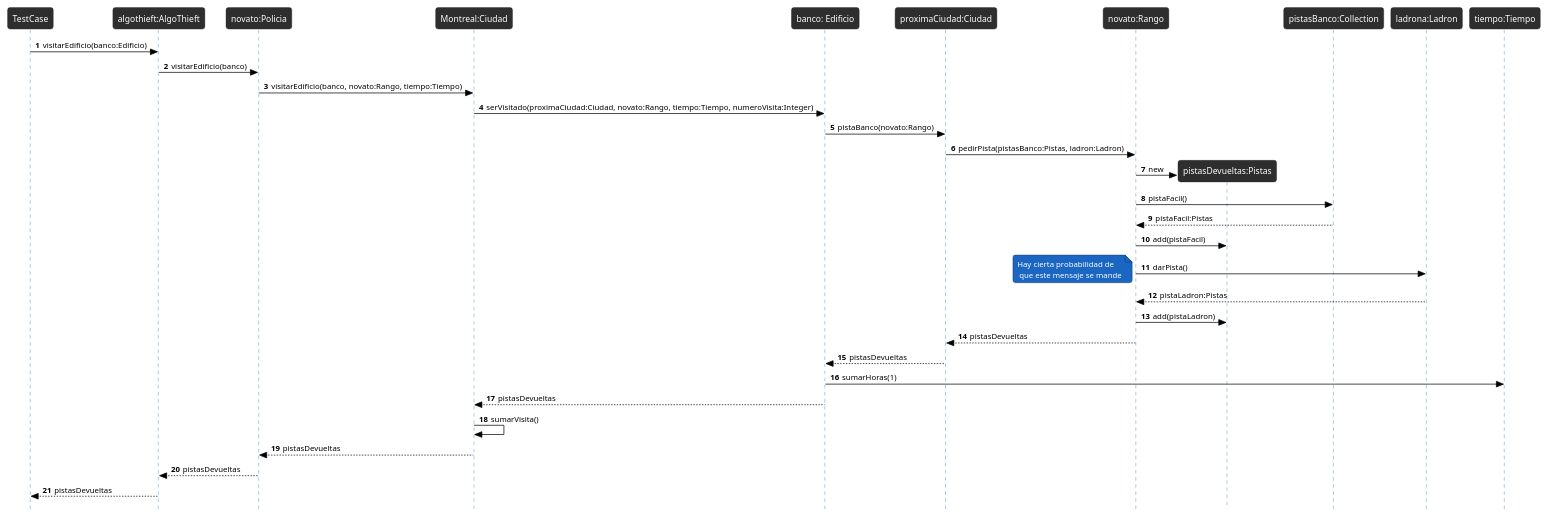
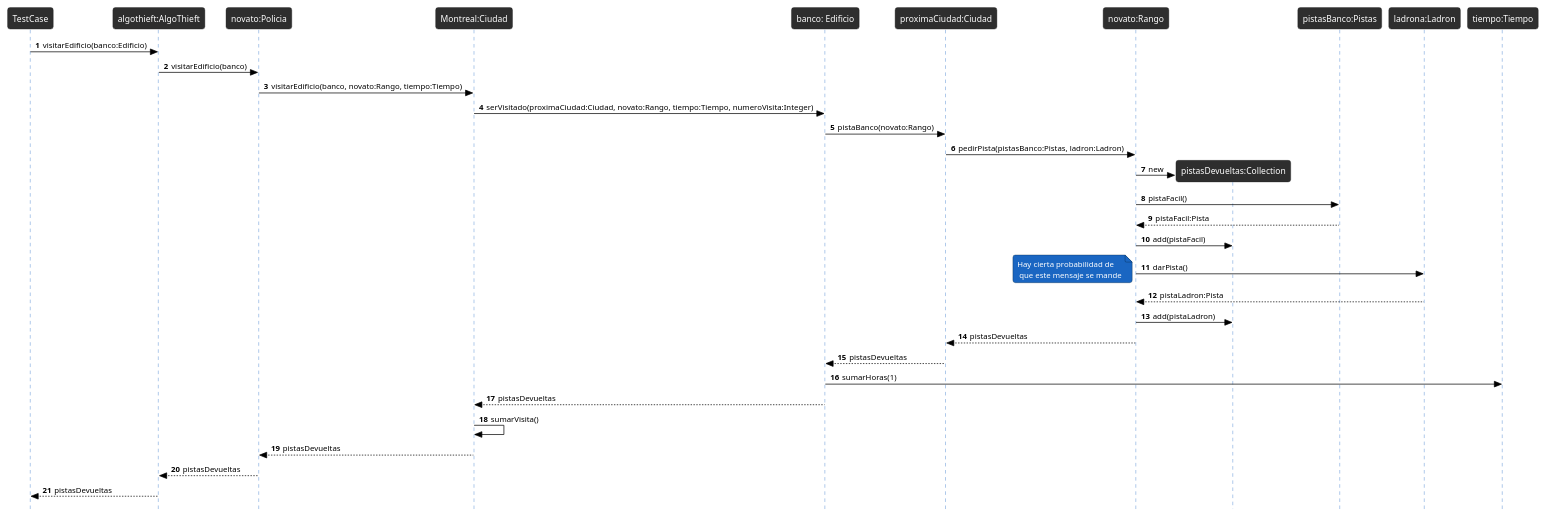
One commit to avilagaston9/algo3_tp2 changed the diagram in docs/Diagramas/Secuencia/caso1-1-completo.plantuml. Above: the diagram before and after it, drawn with PlantUML. The commit also changed 4 other files, not shown here.

Commit message:
agrego DC pista y pistas

```diff
--- a/docs/Diagramas/Secuencia/caso1-1-completo.plantuml
+++ b/docs/Diagramas/Secuencia/caso1-1-completo.plantuml
@@ -1,46 +1,46 @@
 @startuml
 
 !theme reddress-darkblue
 autonumber
 skinparam style strictuml
 skinparam BackGroundColor white
 skinparam RoundCorner 7
 skinparam SequenceGroupFontColor black
 skinparam SequenceGroupBorderColor black
 skinparam SequenceGroupBorderThickness 0.5
 skinparam ArrowFontColor black
 skinparam ArrowColor black
 skinparam ActorFontColor black
 skinparam participantFontSize 12
 skinparam SequenceLifeLineBackGroundColor 2e2e2e
 
 TestCase -> "algothieft:AlgoThieft" as algothieft: visitarEdificio(banco:Edificio)
 algothieft -> "novato:Policia" as unPolicia: visitarEdificio(banco)
 unPolicia -> "Montreal:Ciudad" as montreal : visitarEdificio(banco, novato:Rango, tiempo:Tiempo)
 montreal ->"banco: Edificio" as edificio: serVisitado(proximaCiudad:Ciudad, novato:Rango, tiempo:Tiempo, numeroVisita:Integer)
 edificio -> "proximaCiudad:Ciudad" as proximaCiudad : pistaBanco(novato:Rango)
 proximaCiudad -> "novato:Rango" as rango : pedirPista(pistasBanco:Pistas, ladron:Ladron)
 
-create "pistasDevueltas:Pistas" as pistasDevueltas
+create "pistasDevueltas:Collection" as pistasDevueltas
 rango -> pistasDevueltas : new
-rango -> "pistasBanco:Collection" as pistas: pistaFacil()
-pistas --> rango :pistaFacil:Pistas
+rango -> "pistasBanco:Pistas" as pistas: pistaFacil()
+pistas --> rango :pistaFacil:Pista
 rango -> pistasDevueltas : add(pistaFacil)
 rango -> "ladrona:Ladron" as ladron: darPista()
 note left: Hay cierta probabilidad de\n que este mensaje se mande
-ladron --> rango: pistaLadron:Pistas
+ladron --> rango: pistaLadron:Pista
 rango -> pistasDevueltas : add(pistaLadron)
 rango --> proximaCiudad: pistasDevueltas
 
 proximaCiudad -->edificio : pistasDevueltas
 
 edificio -> "tiempo:Tiempo" as tiempo: sumarHoras(1)
 
 montreal <-- edificio: pistasDevueltas
 montreal -> montreal : sumarVisita()
 unPolicia <-- montreal: pistasDevueltas
 unPolicia --> algothieft: pistasDevueltas
 
 TestCase <-- algothieft: pistasDevueltas
 
 @enduml
```
